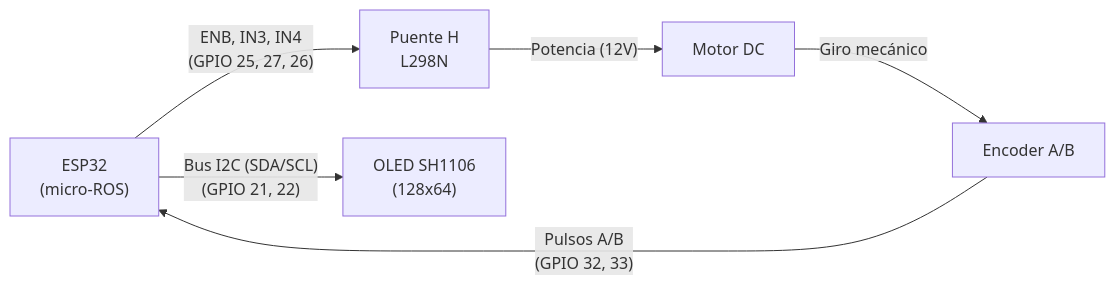
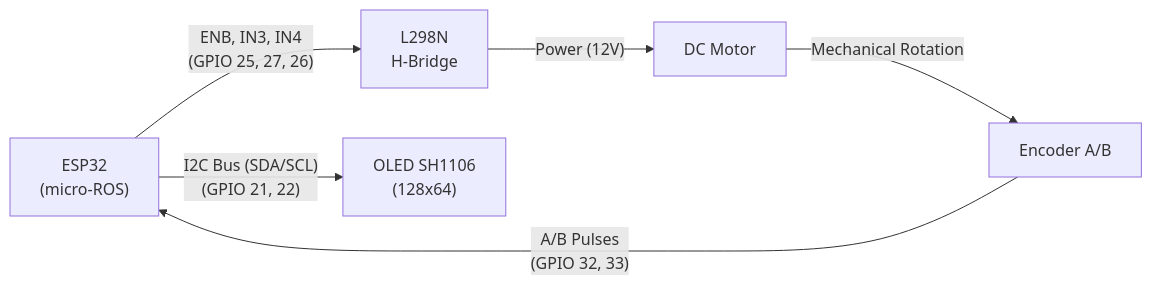
One commit to d3im3r/ros2-for-control-dc-motor-system changed the first of 3 diagrams in docs/guides/Inteligente_guia1.md. Above: the diagram before and after it, drawn with Mermaid. The commit also changed other lines of this file and 10 other files, not shown here.

````diff
--- a/docs/guides/Inteligente_guia1.md
+++ b/docs/guides/Inteligente_guia1.md
@@ -65,8 +65,8 @@
 ```mermaid
 flowchart LR
-    ESP["ESP32<br>(micro-ROS)"] -->|"ENB, IN3, IN4<br>(GPIO 25, 27, 26)"| L298["Puente H<br>L298N"]
-    L298 -->|"Potencia (12V)"| Motor["Motor DC"]
-    Motor -->|"Giro mecánico"| Enc["Encoder A/B"]
-    Enc -->|"Pulsos A/B<br>(GPIO 32, 33)"| ESP
-    ESP -->|"Bus I2C (SDA/SCL)<br>(GPIO 21, 22)"| OLED["OLED SH1106<br>(128x64)"]
+    ESP["ESP32<br>(micro-ROS)"] -->|"ENB, IN3, IN4<br>(GPIO 25, 27, 26)"| L298["L298N<br>H-Bridge"]
+    L298 -->|"Power (12V)"| Motor["DC Motor"]
+    Motor -->|"Mechanical Rotation"| Enc["Encoder A/B"]
+    Enc -->|"A/B Pulses<br>(GPIO 32, 33)"| ESP
+    ESP -->|"I2C Bus (SDA/SCL)<br>(GPIO 21, 22)"| OLED["OLED SH1106<br>(128x64)"]
 ```
````
